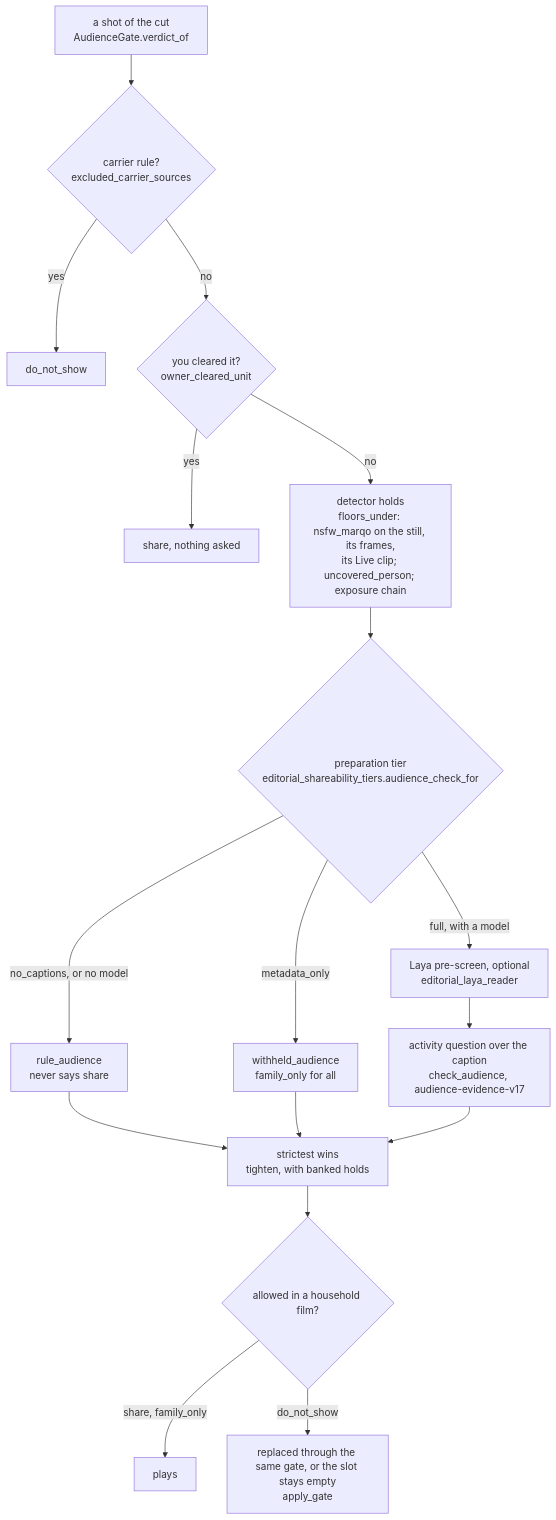
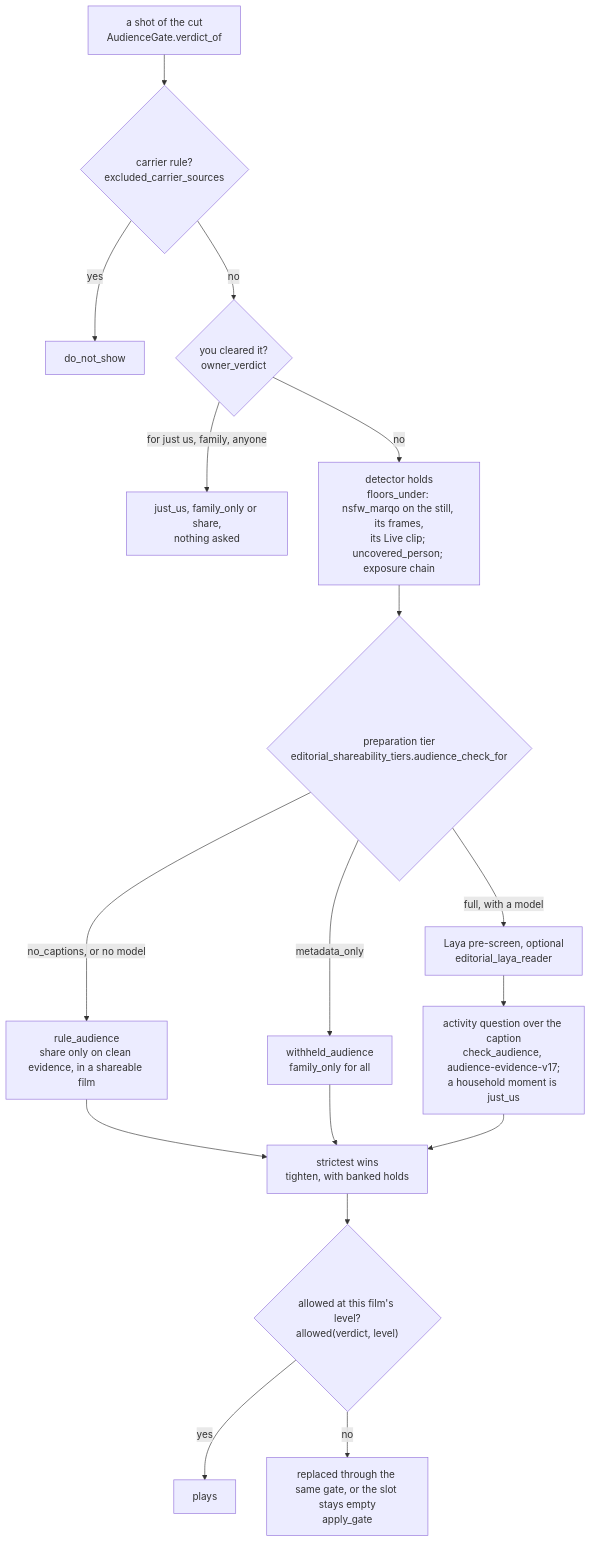
One commit to sam-dumont/immich-video-memory-generator changed the second of 2 diagrams in docs-site/docs/how-it-chooses/family-audience-duplicates.md. Above: the diagram before and after it, drawn with Mermaid. The commit also changed other lines of this file and 82 other files, not shown here.

First line of the commit message:
feat(sharing): one sharing level per film: just us, family, shareable (#1326)

````diff
--- a/docs-site/docs/how-it-chooses/family-audience-duplicates.md
+++ b/docs-site/docs/how-it-chooses/family-audience-duplicates.md
@@ -86,19 +100,19 @@
 ```mermaid
 flowchart TD
   shot["a shot of the cut<br/>AudienceGate.verdict_of"] --> rule{"carrier rule?<br/>excluded_carrier_sources"}
   rule -- yes --> dns["do_not_show"]
-  rule -- no --> owner{"you cleared it?<br/>owner_cleared_unit"}
-  owner -- yes --> share["share, nothing asked"]
+  rule -- no --> owner{"you cleared it?<br/>owner_verdict"}
+  owner -- "for just us, family, anyone" --> ov["just_us, family_only or share,<br/>nothing asked"]
   owner -- no --> floor["detector holds<br/>floors_under: nsfw_marqo on the still, its frames,<br/>its Live clip; uncovered_person; exposure chain"]
   floor --> tier{"preparation tier<br/>editorial_shareability_tiers.audience_check_for"}
-  tier -- "no_captions, or no model" --> ra["rule_audience<br/>never says share"]
+  tier -- "no_captions, or no model" --> ra["rule_audience<br/>share only on clean evidence, in a shareable film"]
   tier -- "metadata_only" --> wa["withheld_audience<br/>family_only for all"]
   tier -- "full, with a model" --> laya["Laya pre-screen, optional<br/>editorial_laya_reader"]
-  laya --> ca["activity question over the caption<br/>check_audience, audience-evidence-v17"]
+  laya --> ca["activity question over the caption<br/>check_audience, audience-evidence-v17;<br/>a household moment is just_us"]
   ra --> strict["strictest wins<br/>tighten, with banked holds"]
   wa --> strict
   ca --> strict
-  strict --> allowed{"allowed in a household film?"}
-  allowed -- "share, family_only" --> keep["plays"]
-  allowed -- "do_not_show" --> repl["replaced through the same gate, or the slot stays empty<br/>apply_gate"]
+  strict --> allowed{"allowed at this film's level?<br/>allowed(verdict, level)"}
+  allowed -- yes --> keep["plays"]
+  allowed -- no --> repl["replaced through the same gate, or the slot stays empty<br/>apply_gate"]
 ```
````
